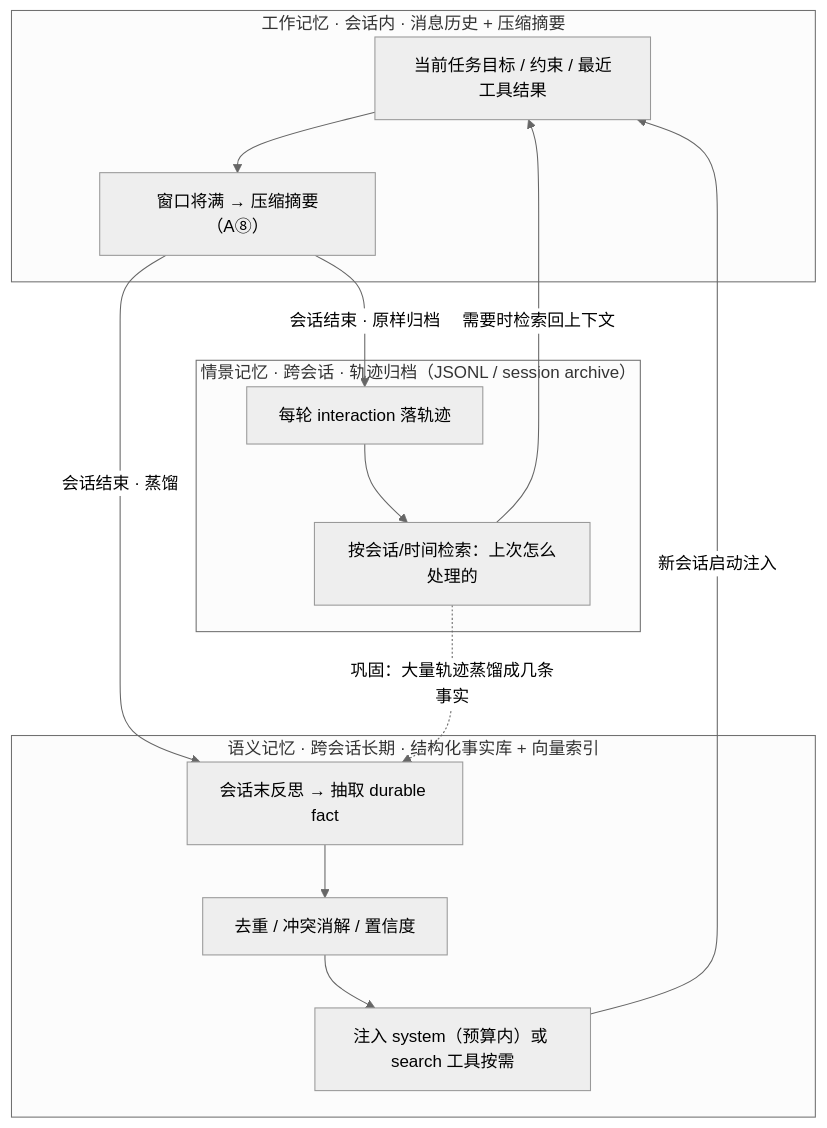
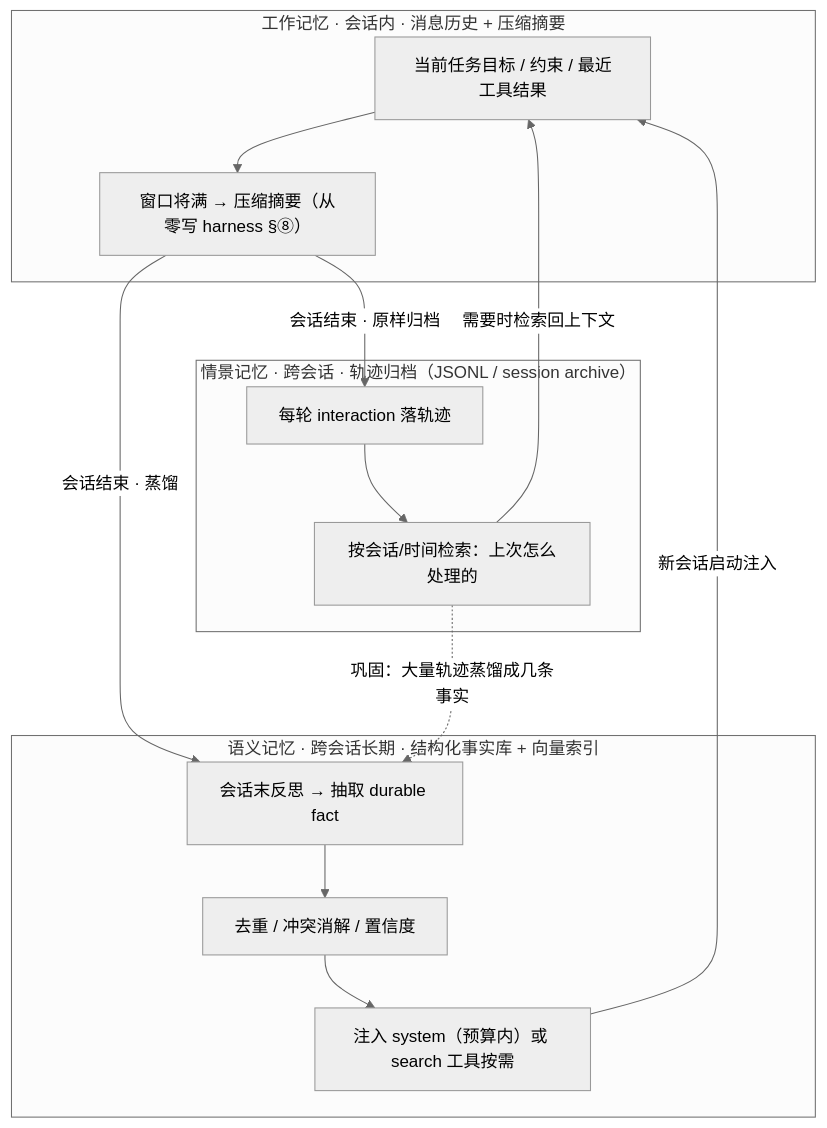
The first of 4 diagrams in notes/long-term-memory.md (zo0043/learn-agent-harness), drawn with Mermaid (neutral theme) before and after one commit. The commit also changed other lines of this file and 50 other files, not shown here.

````diff
--- a/notes/long-term-memory.md
+++ b/notes/long-term-memory.md
@@ -35,18 +35,18 @@
 ```mermaid
 flowchart TD
   subgraph WM["工作记忆 · 会话内 · 消息历史 + 压缩摘要"]
-    A1["当前任务目标 / 约束 / 最近工具结果"] --> A2["窗口将满 → 压缩摘要（A⑧）"]
+    A1["当前任务目标 / 约束 / 最近工具结果"] --> A2["窗口将满 → 压缩摘要（从零写 harness §⑧）"]
   end
   subgraph EP["情景记忆 · 跨会话 · 轨迹归档（JSONL / session archive）"]
     B1["每轮 interaction 落轨迹"] --> B2["按会话/时间检索：上次怎么处理的"]
   end
   subgraph SEM["语义记忆 · 跨会话长期 · 结构化事实库 + 向量索引"]
     C1["会话末反思 → 抽取 durable fact"] --> C2["去重 / 冲突消解 / 置信度"]
     C2 --> C3["注入 system（预算内）或 search 工具按需"]
   end
   A2 -->|"会话结束 · 原样归档"| B1
   A2 -->|"会话结束 · 蒸馏"| C1
   B2 -->|"需要时检索回上下文"| A1
   C3 -->|"新会话启动注入"| A1
   B2 -.->|"巩固：大量轨迹蒸馏成几条事实"| C1
 ```
````
